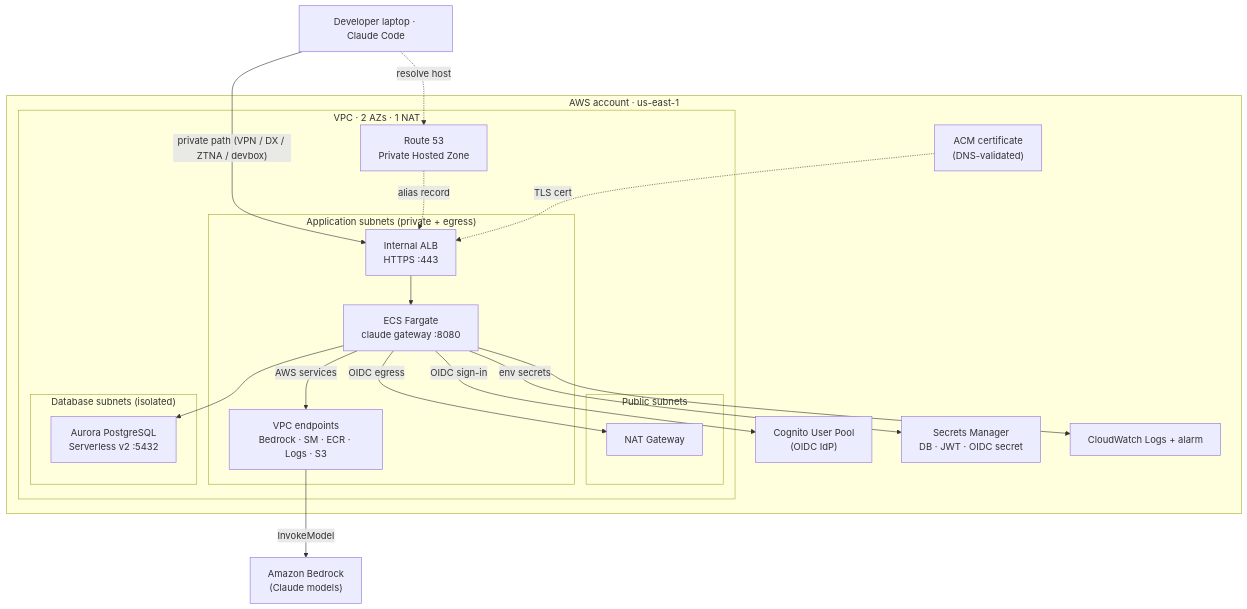
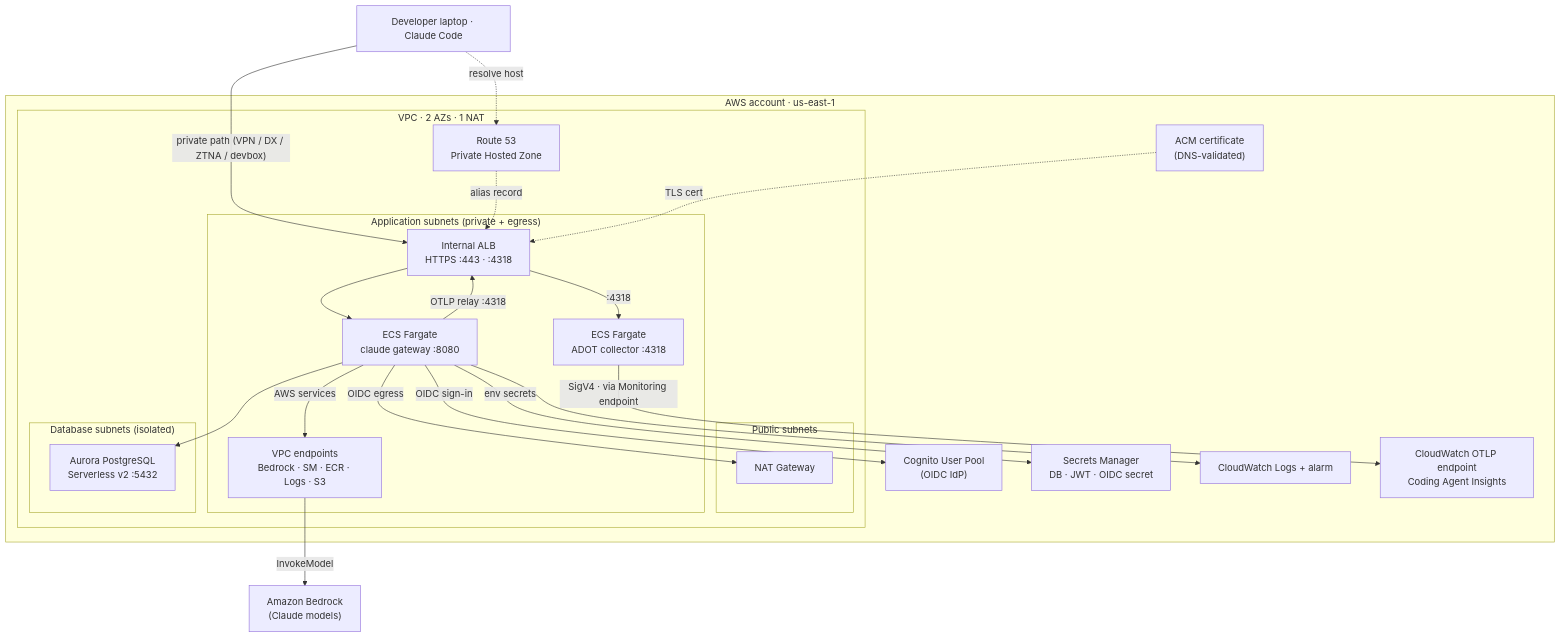
Before and after one commit to archive-of-deleted-repositories/wirjo__sample-apj-sup-sa: the diagram in ai-coding-assistants/claude-apps-gateway-on-aws/docs/architecture.md, drawn with Mermaid. The commit also changed other lines of this file and 9 other files, not shown here.

First line of the commit message:
feat(claude-apps-gateway-on-aws): send Claude Code telemetry to CloudWatch Coding Agent Insights

````diff
--- a/ai-coding-assistants/claude-apps-gateway-on-aws/docs/architecture.md
+++ b/ai-coding-assistants/claude-apps-gateway-on-aws/docs/architecture.md
@@ -6,40 +6,45 @@
 ```mermaid
 flowchart TB
   Dev["Developer laptop · Claude Code"]
   Bedrock["Amazon Bedrock<br/>(Claude models)"]
 
   subgraph AWS["AWS account · us-east-1"]
     ACM["ACM certificate<br/>(DNS-validated)"]
     Cognito["Cognito User Pool<br/>(OIDC IdP)"]
     Secrets["Secrets Manager<br/>DB · JWT · OIDC secret"]
     Logs["CloudWatch Logs + alarm"]
+    CWOTLP["CloudWatch OTLP endpoint<br/>Coding Agent Insights"]
 
     subgraph VPC["VPC · 2 AZs · 1 NAT"]
       R53["Route 53<br/>Private Hosted Zone"]
       subgraph Pub["Public subnets"]
         NAT["NAT Gateway"]
       end
       subgraph App["Application subnets (private + egress)"]
-        ALB["Internal ALB<br/>HTTPS :443"]
+        ALB["Internal ALB<br/>HTTPS :443 · :4318"]
         ECS["ECS Fargate<br/>claude gateway :8080"]
+        COL["ECS Fargate<br/>ADOT collector :4318"]
         VPCE["VPC endpoints<br/>Bedrock · SM · ECR · Logs · S3"]
       end
       subgraph Db["Database subnets (isolated)"]
         DB["Aurora PostgreSQL<br/>Serverless v2 :5432"]
       end
     end
   end
 
   Dev -->|"private path (VPN / DX / ZTNA / devbox)"| ALB
   Dev -.->|"resolve host"| R53
   R53 -.->|"alias record"| ALB
   ACM -.->|"TLS cert"| ALB
   ALB --> ECS
   ECS --> DB
   ECS -->|"OIDC sign-in"| Cognito
   ECS -->|"env secrets"| Secrets
   ECS --> Logs
   ECS -->|"OIDC egress"| NAT
   ECS -->|"AWS services"| VPCE
   VPCE -->|"InvokeModel"| Bedrock
+  ECS -->|"OTLP relay :4318"| ALB
+  ALB -->|":4318"| COL
+  COL -->|"SigV4 · via Monitoring endpoint"| CWOTLP
 ```
````
